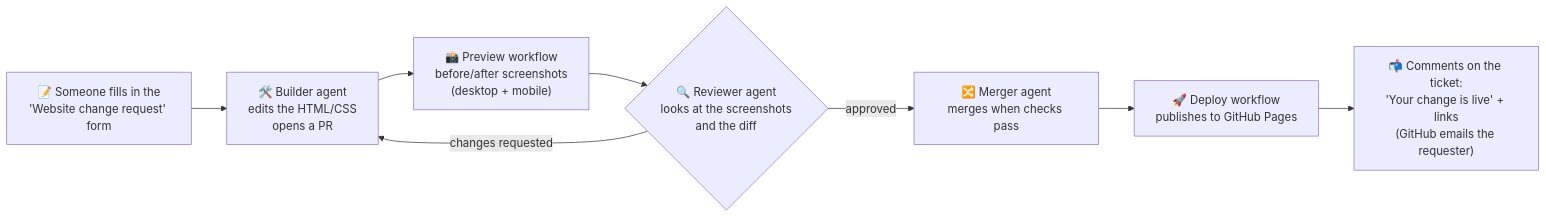
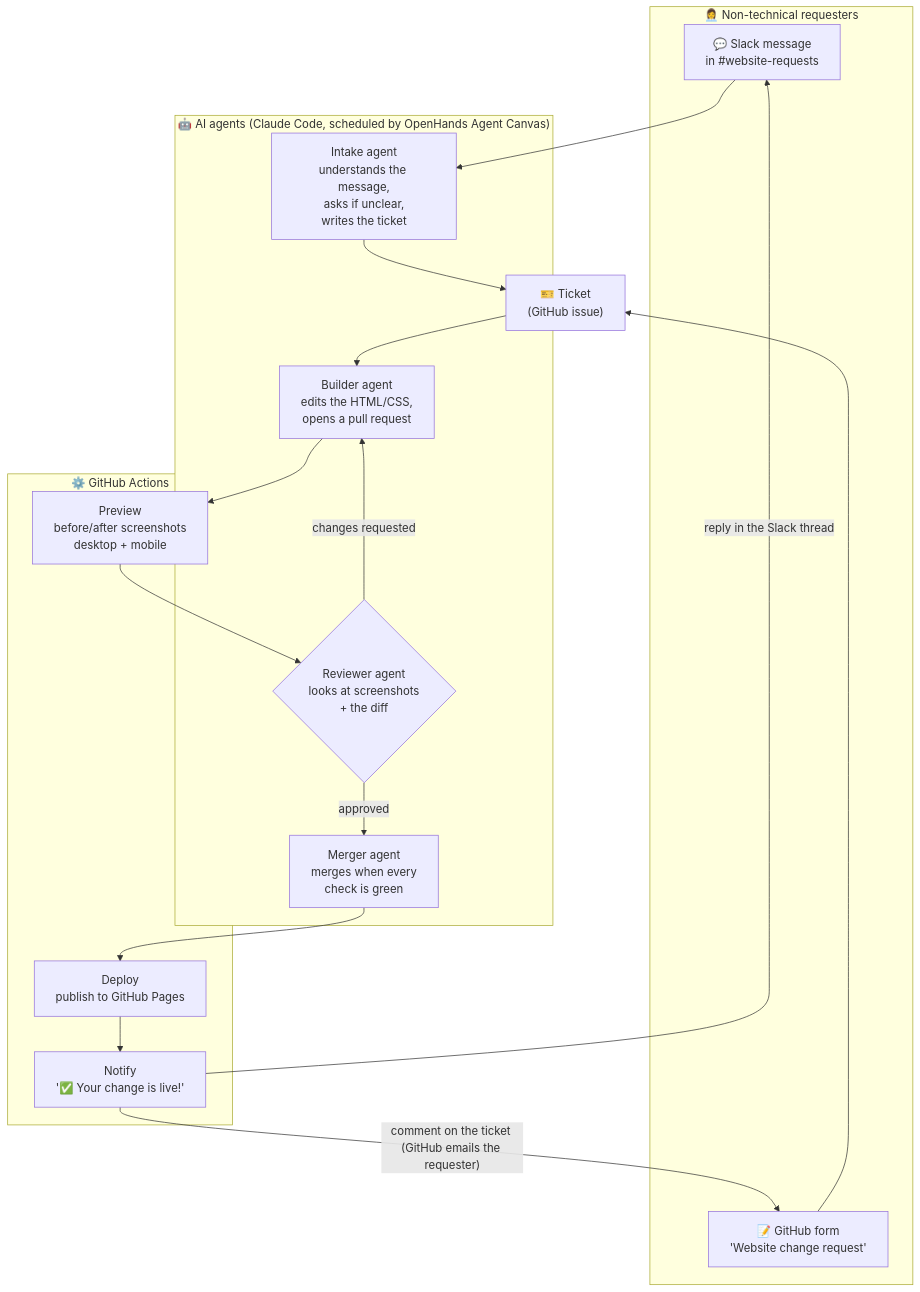
Before and after one commit to rammanohar99/company-website: the first of 3 diagrams in README.md, drawn with Mermaid. The commit also changed other lines of this file and 2 other files, not shown here.

First line of the commit message:
Rename to slack-to-website-agents and document the pipeline end to end

````diff
--- a/README.md
+++ b/README.md
@@ -15,10 +31,28 @@
 ```mermaid
-flowchart LR
-    T["📝 Someone fills in the<br/>'Website change request' form"] --> B["🛠️ Builder agent<br/>edits the HTML/CSS<br/>opens a PR"]
-    B --> P["📸 Preview workflow<br/>before/after screenshots<br/>(desktop + mobile)"]
-    P --> R{"🔍 Reviewer agent<br/>looks at the screenshots<br/>and the diff"}
+flowchart TB
+    subgraph Requesters["👩‍💼 Non-technical requesters"]
+        S["💬 Slack message<br/>in #website-requests"]
+        F["📝 GitHub form<br/>'Website change request'"]
+    end
+
+    subgraph Agents["🤖 AI agents (Claude Code, scheduled by OpenHands Agent Canvas)"]
+        I["Intake agent<br/>understands the message,<br/>asks if unclear,<br/>writes the ticket"]
+        B["Builder agent<br/>edits the HTML/CSS,<br/>opens a pull request"]
+        R{"Reviewer agent<br/>looks at screenshots<br/>+ the diff"}
+        M["Merger agent<br/>merges when every<br/>check is green"]
+    end
+
+    subgraph Actions["⚙️ GitHub Actions"]
+        P["Preview<br/>before/after screenshots<br/>desktop + mobile"]
+        D["Deploy<br/>publish to GitHub Pages"]
+        N["Notify<br/>'✅ Your change is live!'"]
+    end
+
+    S --> I --> T["🎫 Ticket<br/>(GitHub issue)"]
+    F --> T
+    T --> B --> P --> R
     R -- "changes requested" --> B
-    R -- "approved" --> M["🔀 Merger agent<br/>merges when checks pass"]
-    M --> D["🚀 Deploy workflow<br/>publishes to GitHub Pages"]
-    D --> N["📬 Comments on the ticket:<br/>'Your change is live' + links<br/>(GitHub emails the requester)"]
+    R -- "approved" --> M --> D --> N
+    N -- "reply in the Slack thread" --> S
+    N -- "comment on the ticket (GitHub emails the requester)" --> F
 ```
````
